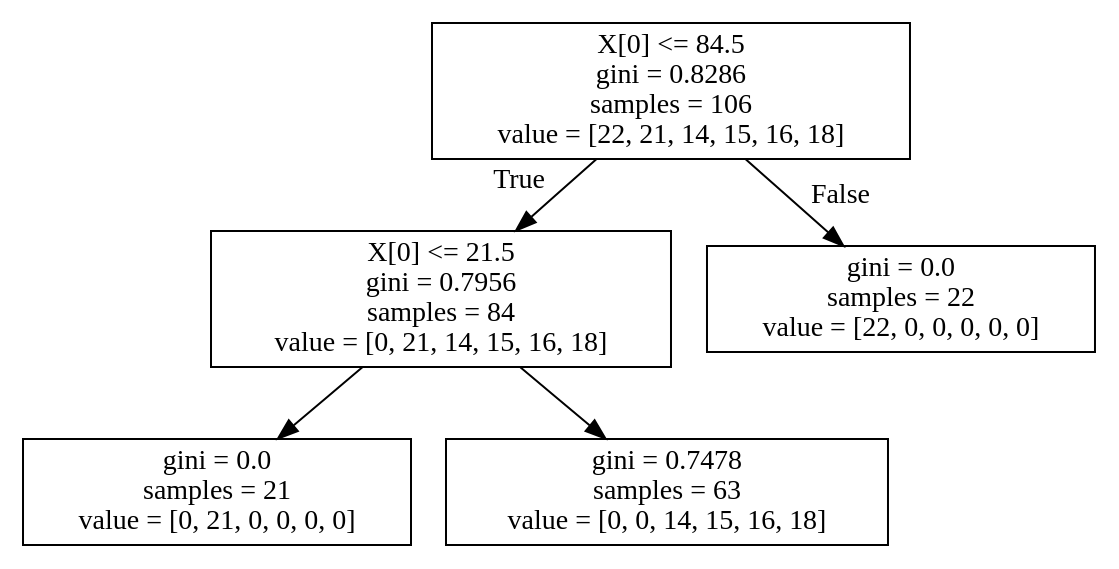
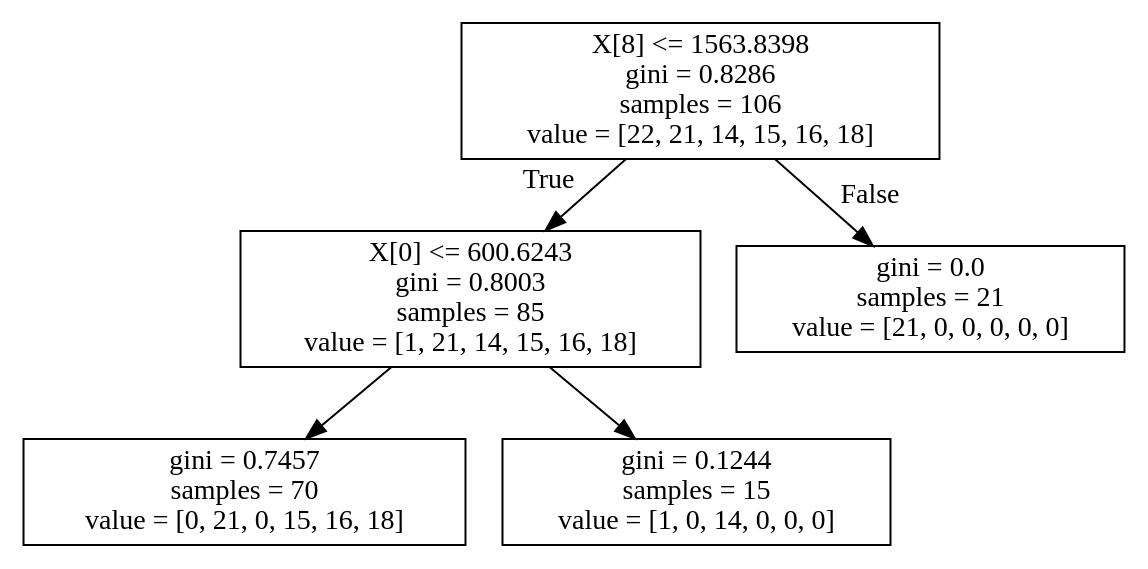
Before and after one commit to FarzanMemarian/dm-hw4: the diagram in decision_tree_gini.dot, drawn with Graphviz. The commit also changed 4 other files, not shown here.

```diff
--- a/decision_tree_gini.dot
+++ b/decision_tree_gini.dot
@@ -1,12 +1,12 @@
 digraph Tree {
 node [shape=box] ;
-0 [label="X[0] <= 84.5\ngini = 0.8286\nsamples = 106\nvalue = [22, 21, 14, 15, 16, 18]"] ;
-1 [label="X[0] <= 21.5\ngini = 0.7956\nsamples = 84\nvalue = [0, 21, 14, 15, 16, 18]"] ;
+0 [label="X[8] <= 1563.8398\ngini = 0.8286\nsamples = 106\nvalue = [22, 21, 14, 15, 16, 18]"] ;
+1 [label="X[0] <= 600.6243\ngini = 0.8003\nsamples = 85\nvalue = [1, 21, 14, 15, 16, 18]"] ;
 0 -> 1 [labeldistance=2.5, labelangle=45, headlabel="True"] ;
-2 [label="gini = 0.0\nsamples = 21\nvalue = [0, 21, 0, 0, 0, 0]"] ;
+2 [label="gini = 0.7457\nsamples = 70\nvalue = [0, 21, 0, 15, 16, 18]"] ;
 1 -> 2 ;
-3 [label="gini = 0.7478\nsamples = 63\nvalue = [0, 0, 14, 15, 16, 18]"] ;
+3 [label="gini = 0.1244\nsamples = 15\nvalue = [1, 0, 14, 0, 0, 0]"] ;
 1 -> 3 ;
-4 [label="gini = 0.0\nsamples = 22\nvalue = [22, 0, 0, 0, 0, 0]"] ;
+4 [label="gini = 0.0\nsamples = 21\nvalue = [21, 0, 0, 0, 0, 0]"] ;
 0 -> 4 [labeldistance=2.5, labelangle=-45, headlabel="False"] ;
 }
```
